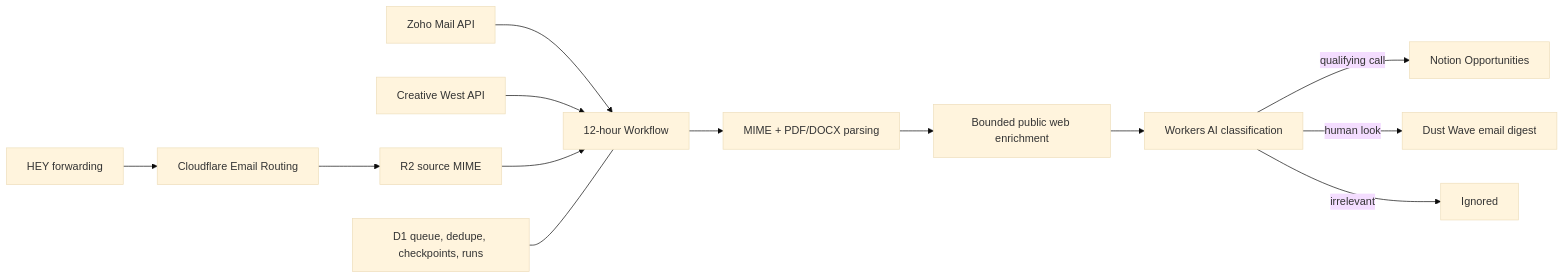
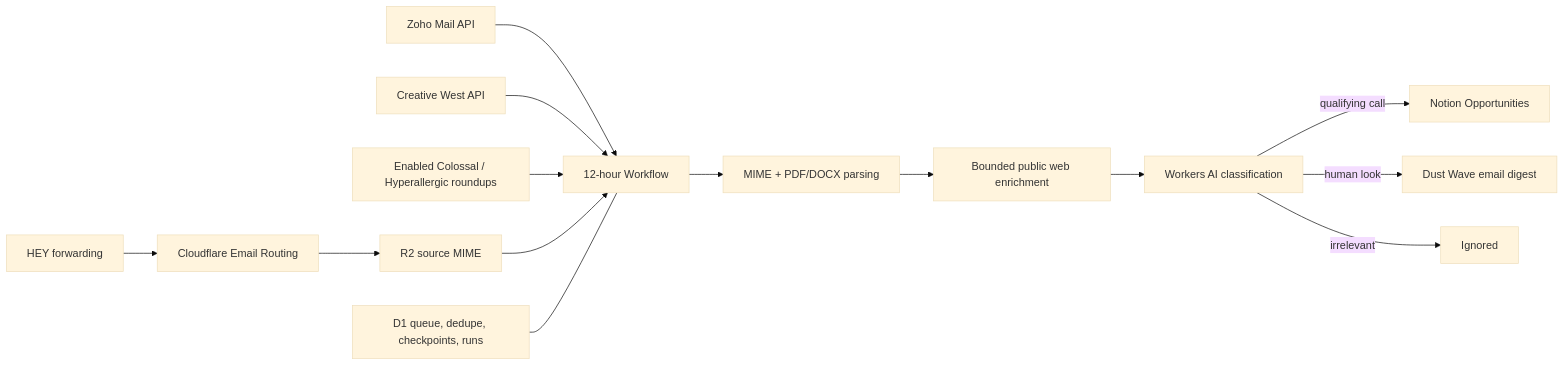
Before and after one commit to aindaco1/dust-wave-opportunity-radar: the diagram in README.md, drawn with Mermaid (base theme). The commit also changed other lines of this file and 46 other files, not shown here.

Commit message:
Add and enable Hyperallergic opportunity roundups

````diff
--- a/README.md
+++ b/README.md
@@ -22,15 +24,16 @@
 ```mermaid
 flowchart LR
   HEY["HEY forwarding"] --> Email["Cloudflare Email Routing"]
   Zoho["Zoho Mail API"] --> Workflow["12-hour Workflow"]
   CreativeWest["Creative West API"] --> Workflow
+  Roundups["Enabled Colossal / Hyperallergic roundups"] --> Workflow
   Email --> R2["R2 source MIME"]
   R2 --> Workflow
   Workflow --> Parse["MIME + PDF/DOCX parsing"]
   Parse --> Web["Bounded public web enrichment"]
   Web --> AI["Workers AI classification"]
   AI -->|"qualifying call"| Notion["Notion Opportunities"]
   AI -->|"human look"| Digest["Dust Wave email digest"]
   AI -->|"irrelevant"| Ignore["Ignored"]
   D1["D1 queue, dedupe, checkpoints, runs"] --- Workflow
 ```
````
